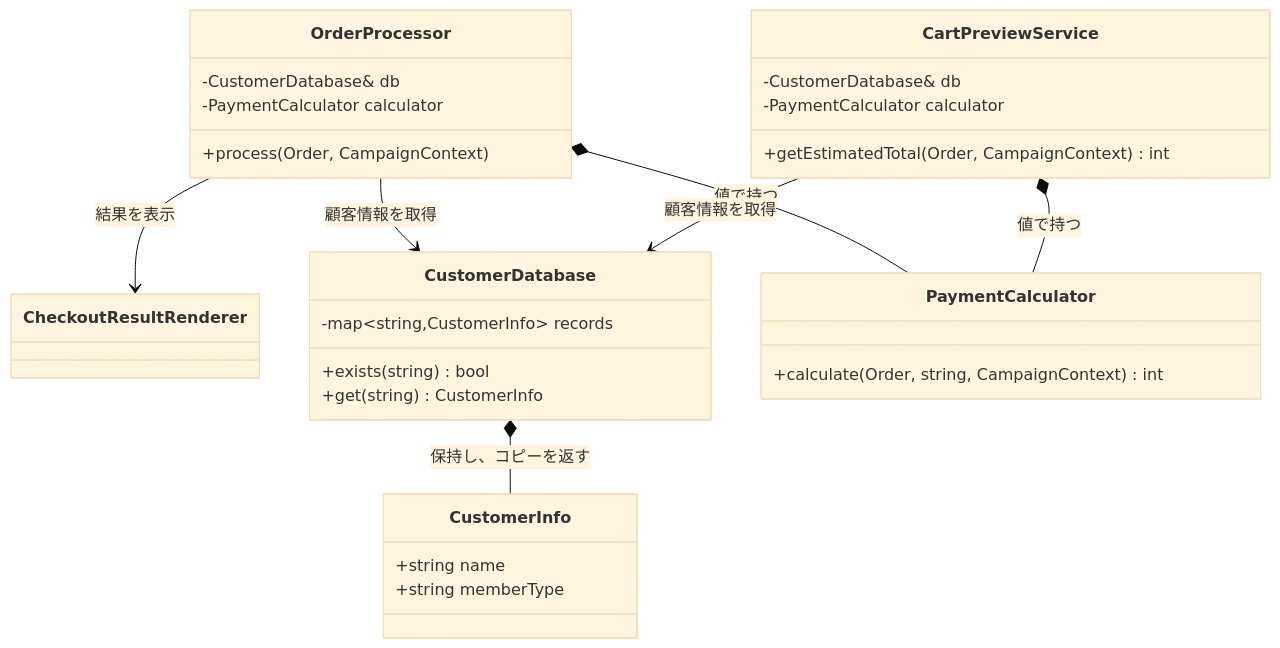
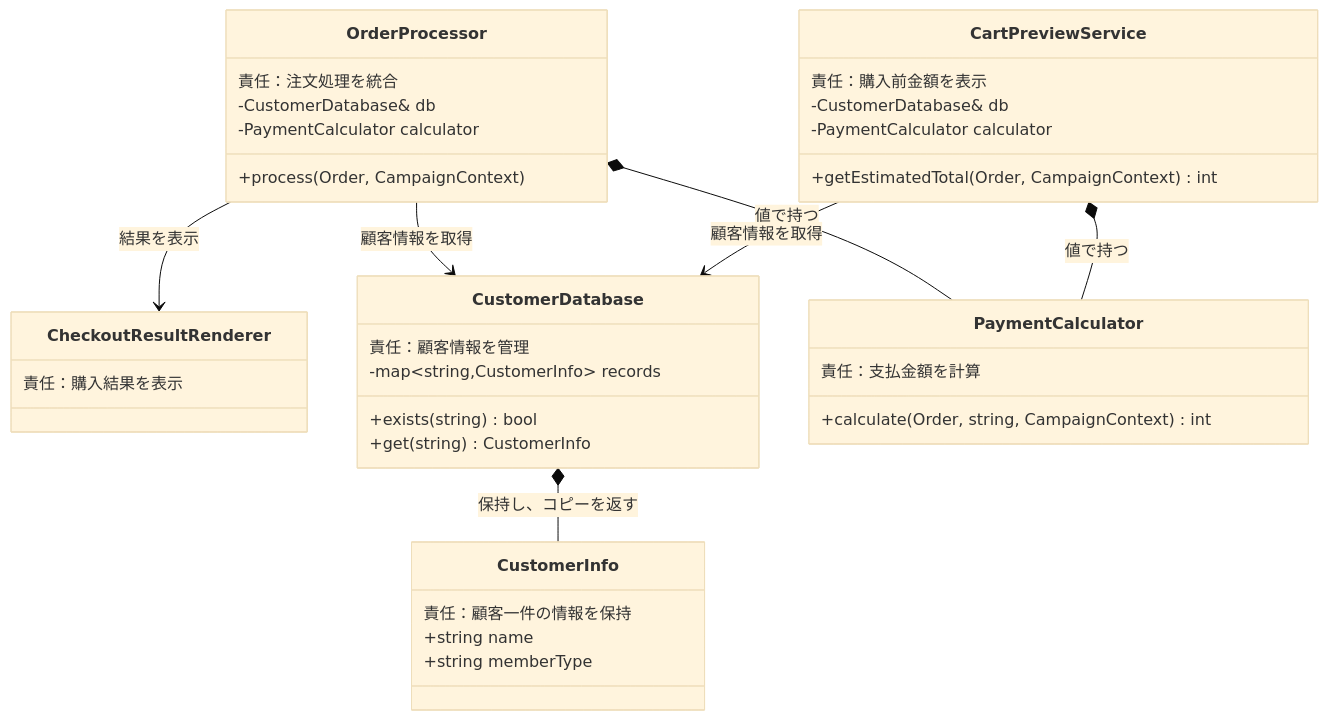
One commit to kumachan1101-pixel/DesignPattern changed the fourth of 20 diagrams in kindle/design-patterns/books/volume01-core-patterns/output/03-chapter01.md. Above: the diagram before and after it, drawn with Mermaid (base theme). The commit also changed other lines of this file and 12 other files, not shown here.

````diff
--- a/kindle/design-patterns/books/volume01-core-patterns/output/03-chapter01.md
+++ b/kindle/design-patterns/books/volume01-core-patterns/output/03-chapter01.md
@@ -295,34 +299,41 @@
 ```mermaid
 classDiagram
     direction TB
-    class CheckoutResultRenderer
+    class CheckoutResultRenderer {
+        責任：購入結果を表示
+    }
     class CustomerDatabase {
+        責任：顧客情報を管理
         -map~string,CustomerInfo~ records
         +exists(string) bool
         +get(string) CustomerInfo
     }
     class CustomerInfo {
+        責任：顧客一件の情報を保持
         +string name
         +string memberType
     }
     class OrderProcessor {
+        責任：注文処理を統合
         -CustomerDatabase& db
         -PaymentCalculator calculator
         +process(Order, CampaignContext)
     }
     class PaymentCalculator {
+        責任：支払金額を計算
         +calculate(Order, string, CampaignContext) int
     }
     class CartPreviewService {
+        責任：購入前金額を表示
         -CustomerDatabase& db
         -PaymentCalculator calculator
         +getEstimatedTotal(Order, CampaignContext) int
     }
 
     OrderProcessor --> CustomerDatabase : 顧客情報を取得
     OrderProcessor *-- PaymentCalculator : 値で持つ
     OrderProcessor --> CheckoutResultRenderer : 結果を表示
     CustomerDatabase *-- CustomerInfo : 保持し、コピーを返す
     CartPreviewService --> CustomerDatabase : 顧客情報を取得
     CartPreviewService *-- PaymentCalculator : 値で持つ
 ```
````
